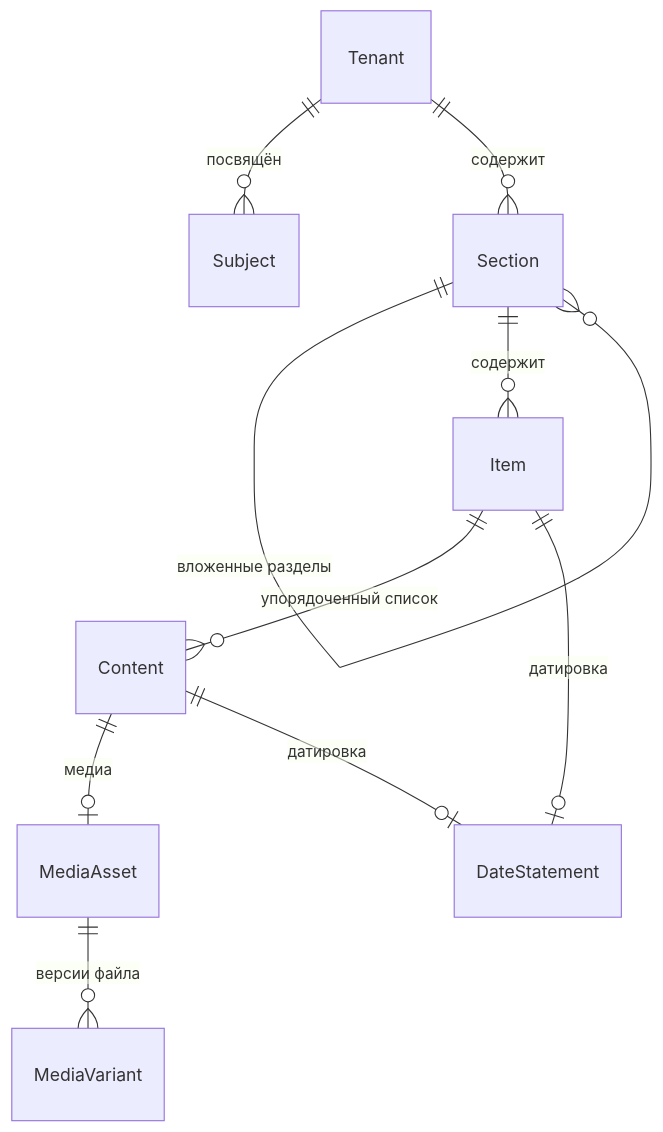
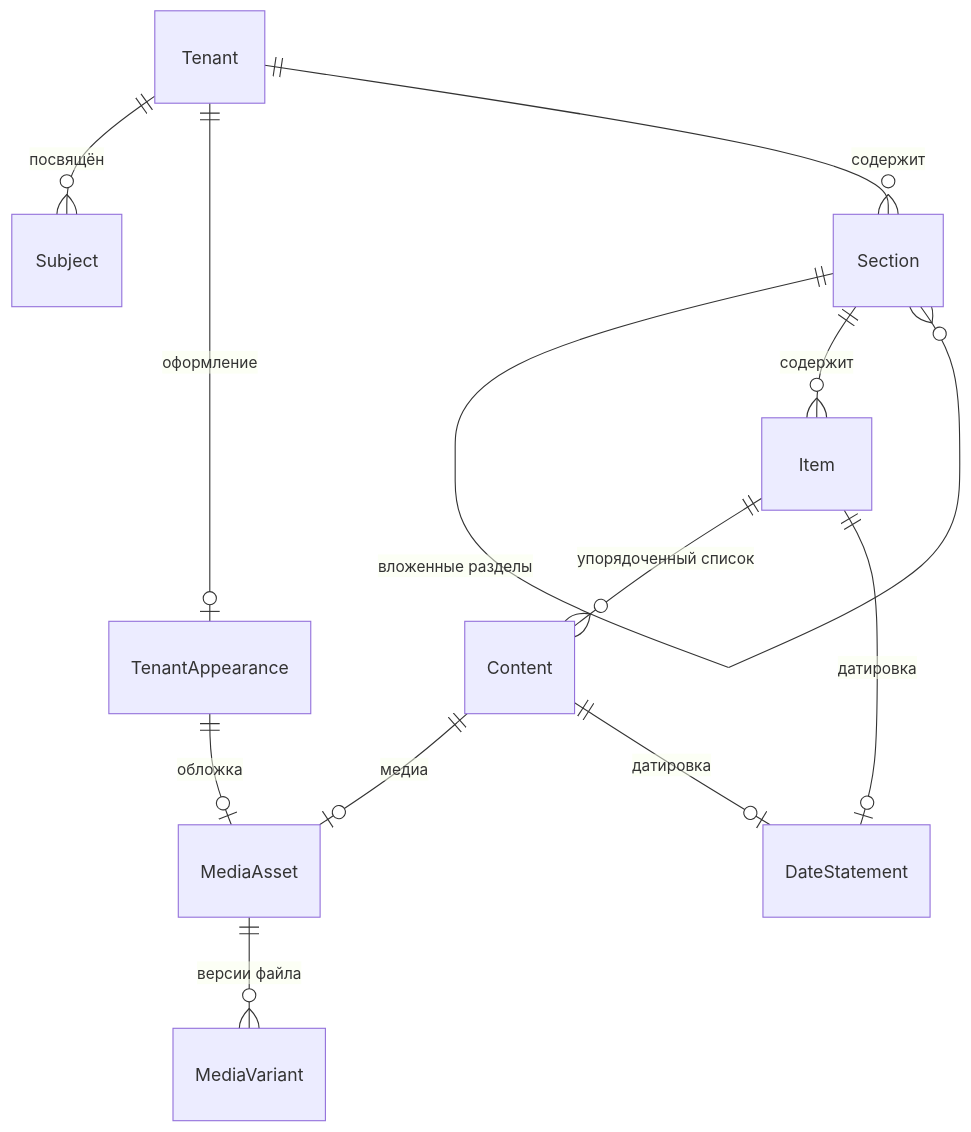
The diagram in domain_model/Content.md (KiraKhvan/memory_docs), drawn with Mermaid before and after one commit. The commit also changed other lines of this file, not shown here.

Commit message:
TenantAppearance в модели контента: тема и обложка мемориала

````diff
--- a/domain_model/Content.md
+++ b/domain_model/Content.md
@@ -16,14 +16,16 @@
 ```mermaid
 erDiagram
     Tenant ||--o{ Subject : "посвящён"
+    Tenant ||--o| TenantAppearance : "оформление"
+    TenantAppearance ||--o| MediaAsset : "обложка"
     Tenant ||--o{ Section : "содержит"
 
     Section ||--o{ Section : "вложенные разделы"
     Section ||--o{ Item : "содержит"
     Item ||--o{ Content : "упорядоченный список"
     Content ||--o| MediaAsset : "медиа"
     Item ||--o| DateStatement : "датировка"
     Content ||--o| DateStatement : "датировка"
 
     MediaAsset ||--o{ MediaVariant : "версии файла"
 ```
````
